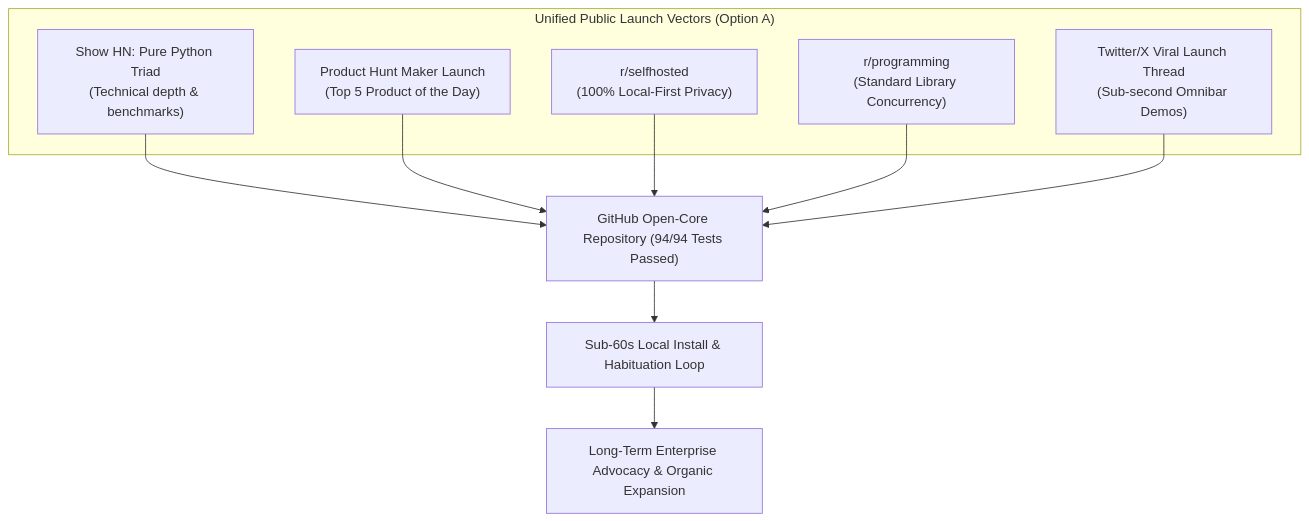
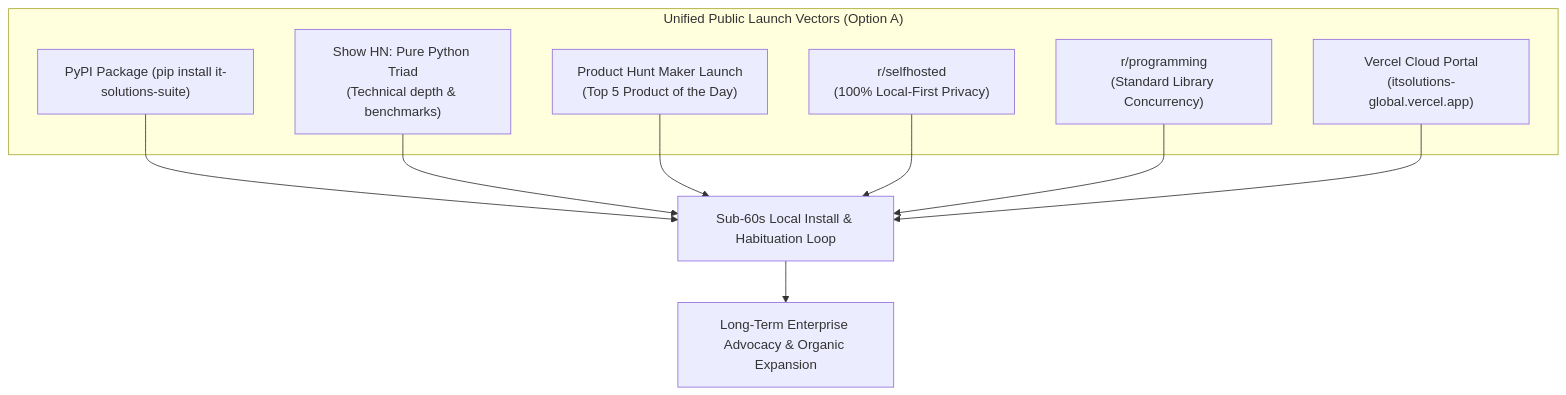
Before and after one commit to itsolutions-global/it-solutions-suite: the diagram in company/growth/PUBLIC_LAUNCH_KIT.md, drawn with Mermaid. The commit also changed other lines of this file and 7 other files, not shown here.

Commit message:
docs(roadmap): publish Sprint 16 PRD, Docker stack, and live badges

````diff
--- a/company/growth/PUBLIC_LAUNCH_KIT.md
+++ b/company/growth/PUBLIC_LAUNCH_KIT.md
@@ -21,19 +32,20 @@
 ```mermaid
 flowchart TD
     subgraph Launch_Pillars ["Unified Public Launch Vectors (Option A)"]
+        PyPI["PyPI Package (pip install it-solutions-suite)"]
         HN["Show HN: Pure Python Triad<br/>(Technical depth & benchmarks)"]
         PH["Product Hunt Maker Launch<br/>(Top 5 Product of the Day)"]
         R_Self["r/selfhosted<br/>(100% Local-First Privacy)"]
         R_Prog["r/programming<br/>(Standard Library Concurrency)"]
-        X_Thread["Twitter/X Viral Launch Thread<br/>(Sub-second Omnibar Demos)"]
+        Portal["Vercel Cloud Portal<br/>(itsolutions-global.vercel.app)"]
     end
 
-    HN --> GitHub["GitHub Open-Core Repository (94/94 Tests Passed)"]
-    PH --> GitHub
-    R_Self --> GitHub
-    R_Prog --> GitHub
-    X_Thread --> GitHub
+    PyPI --> Adoption["Sub-60s Local Install & Habituation Loop"]
+    HN --> Adoption
+    PH --> Adoption
+    R_Self --> Adoption
+    R_Prog --> Adoption
+    Portal --> Adoption
 
-    GitHub --> Habituation["Sub-60s Local Install & Habituation Loop"]
-    Habituation --> Retention["Long-Term Enterprise Advocacy & Organic Expansion"]
+    Adoption --> Retention["Long-Term Enterprise Advocacy & Organic Expansion"]
 ```
````
